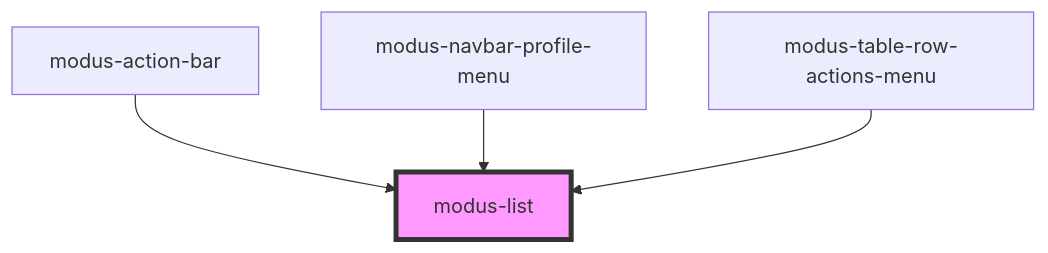
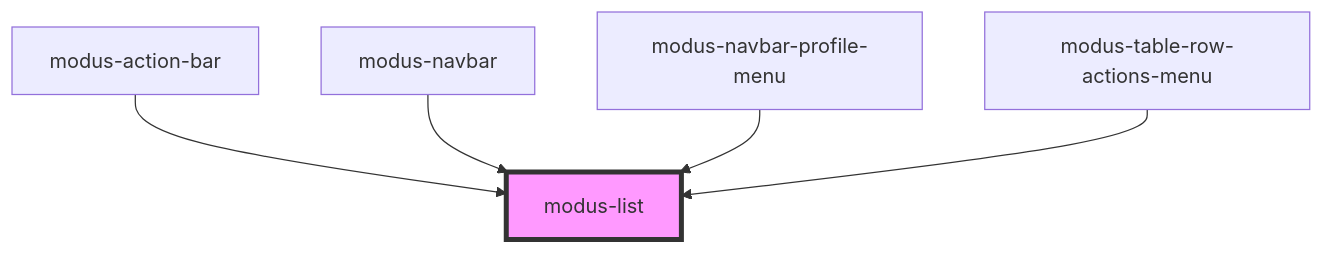
Before and after one commit to trimble-oss/modus-web-components: the diagram in stencil-workspace/src/components/modus-list/readme.md, drawn with Mermaid. The commit also changed other lines of this file and 18 other files, not shown here.

````diff
--- a/stencil-workspace/src/components/modus-list/readme.md
+++ b/stencil-workspace/src/components/modus-list/readme.md
@@ -24,7 +25,8 @@
 ```mermaid
 graph TD;
   modus-action-bar --> modus-list
+  modus-navbar --> modus-list
   modus-navbar-profile-menu --> modus-list
   modus-table-row-actions-menu --> modus-list
   style modus-list fill:#f9f,stroke:#333,stroke-width:4px
 ```
````
